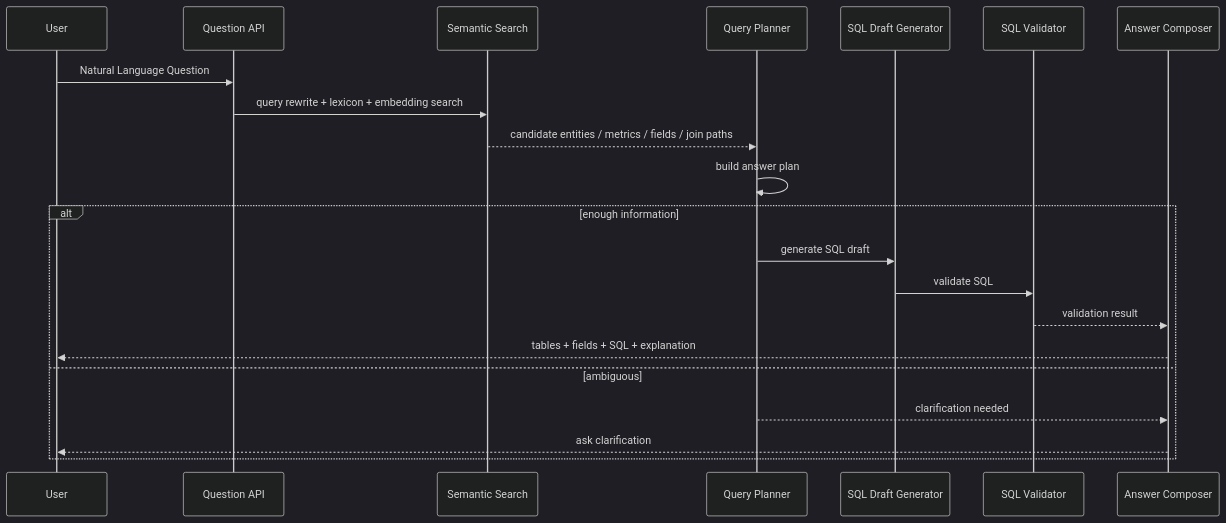
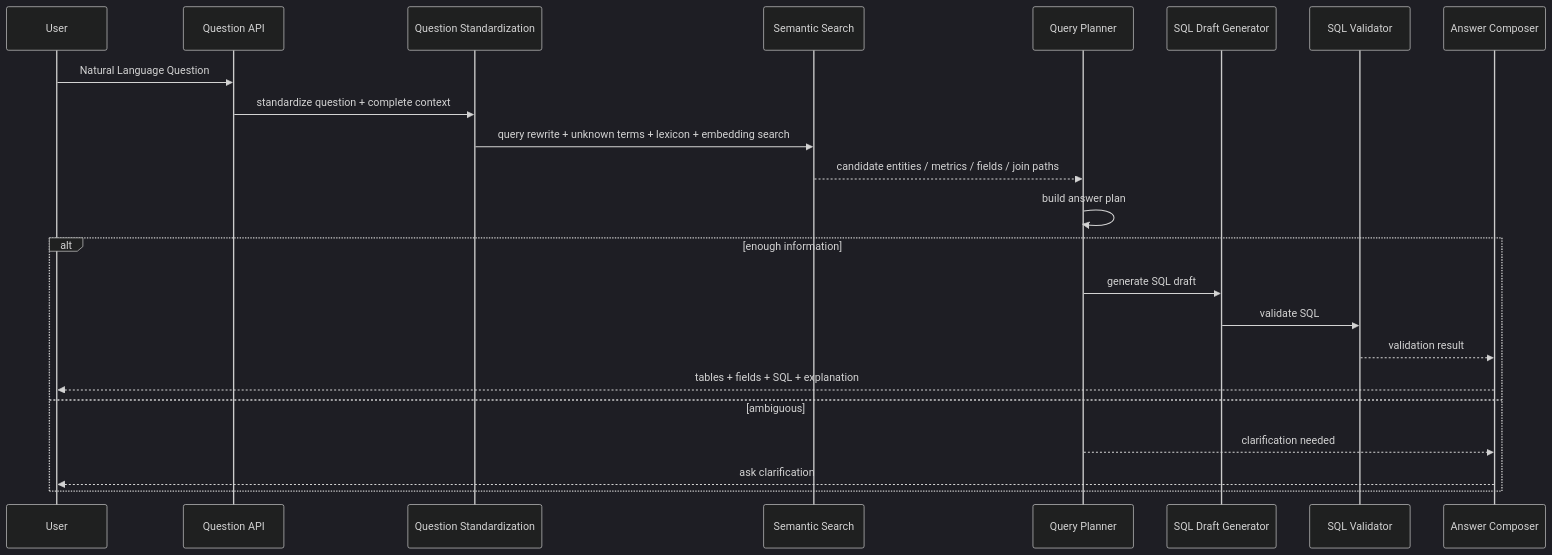
Before and after one commit to xiaoguang/relation-detector: the sixth of 8 diagrams in docs/design/semantic-layer-overall-design.md, drawn with Mermaid (dark theme). The commit also changed other lines of this file and 3 other files, not shown here.

````diff
--- a/docs/design/semantic-layer-overall-design.md
+++ b/docs/design/semantic-layer-overall-design.md
@@ -224,24 +228,26 @@
 ```mermaid
 sequenceDiagram
   participant U as User
   participant Q as Question API
+  participant N as Question Standardization
   participant S as Semantic Search
   participant P as Query Planner
   participant G as SQL Draft Generator
   participant V as SQL Validator
   participant A as Answer Composer
 
   U->>Q: Natural Language Question
-  Q->>S: query rewrite + lexicon + embedding search
+  Q->>N: standardize question + complete context
+  N->>S: query rewrite + unknown terms + lexicon + embedding search
   S-->>P: candidate entities / metrics / fields / join paths
   P->>P: build answer plan
   alt enough information
     P->>G: generate SQL draft
     G->>V: validate SQL
     V-->>A: validation result
     A-->>U: tables + fields + SQL + explanation
   else ambiguous
     P-->>A: clarification needed
     A-->>U: ask clarification
   end
 ```
````
